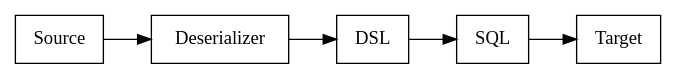
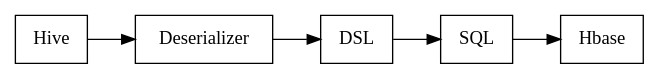
Before and after one commit to music-of-the-ainur/almaren-framework: the first of 3 diagrams in docs/images.org, drawn with Graphviz. The commit also changed other lines of this file and 2 other files, not shown here.

```diff
--- a/docs/images.org
+++ b/docs/images.org
@@ -1,6 +1,6 @@
 #+BEGIN_SRC dot :file images/example1.png :cmdline -Kdot -Tpng
   digraph G{
       rankdir=LR node [shape=box, color=black]
-      Source -> Deserializer -> DSL -> SQL -> Target
+      Hive -> Deserializer -> DSL -> SQL -> Hbase
   } 
 #+END_SRC
```
